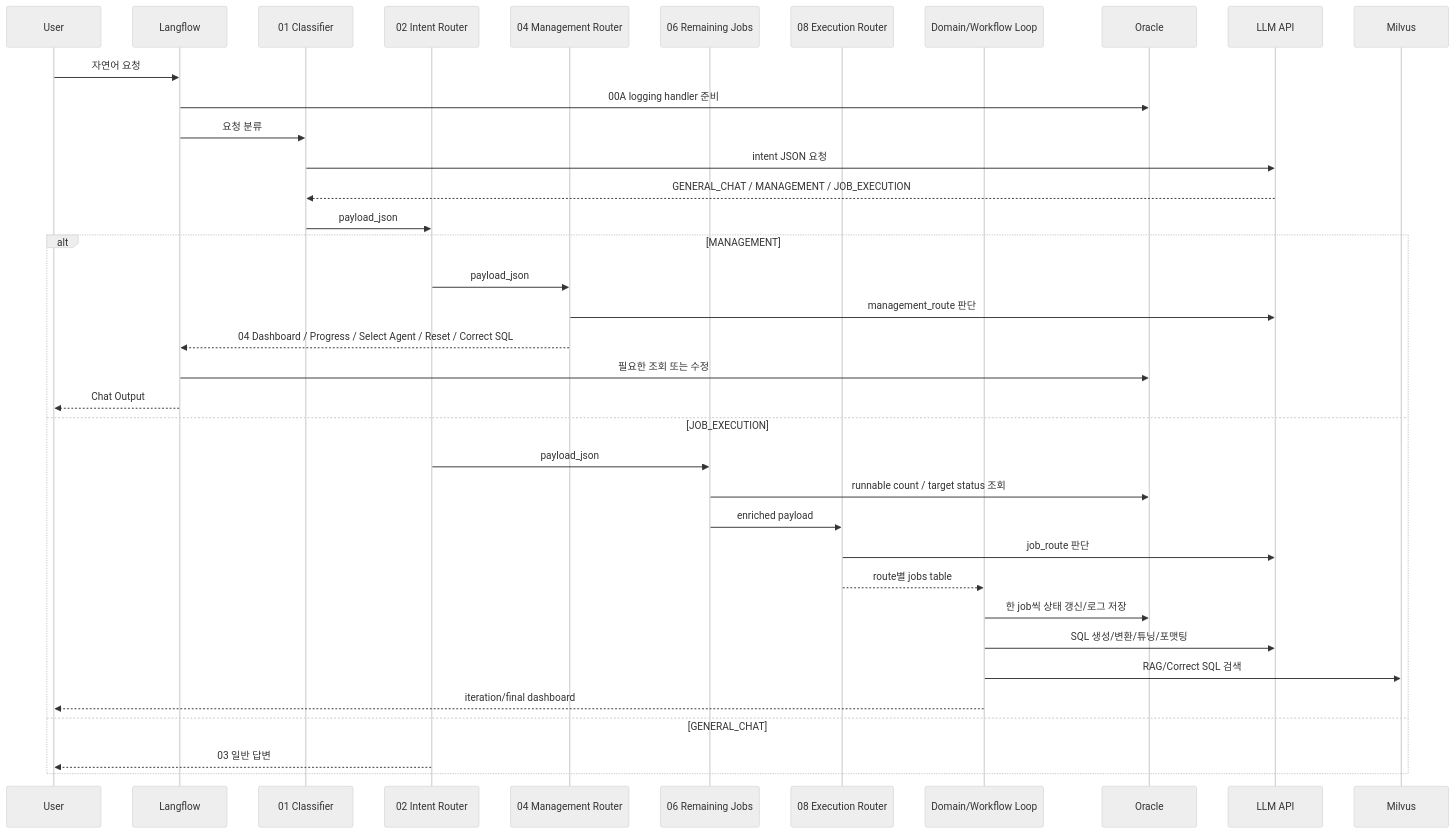
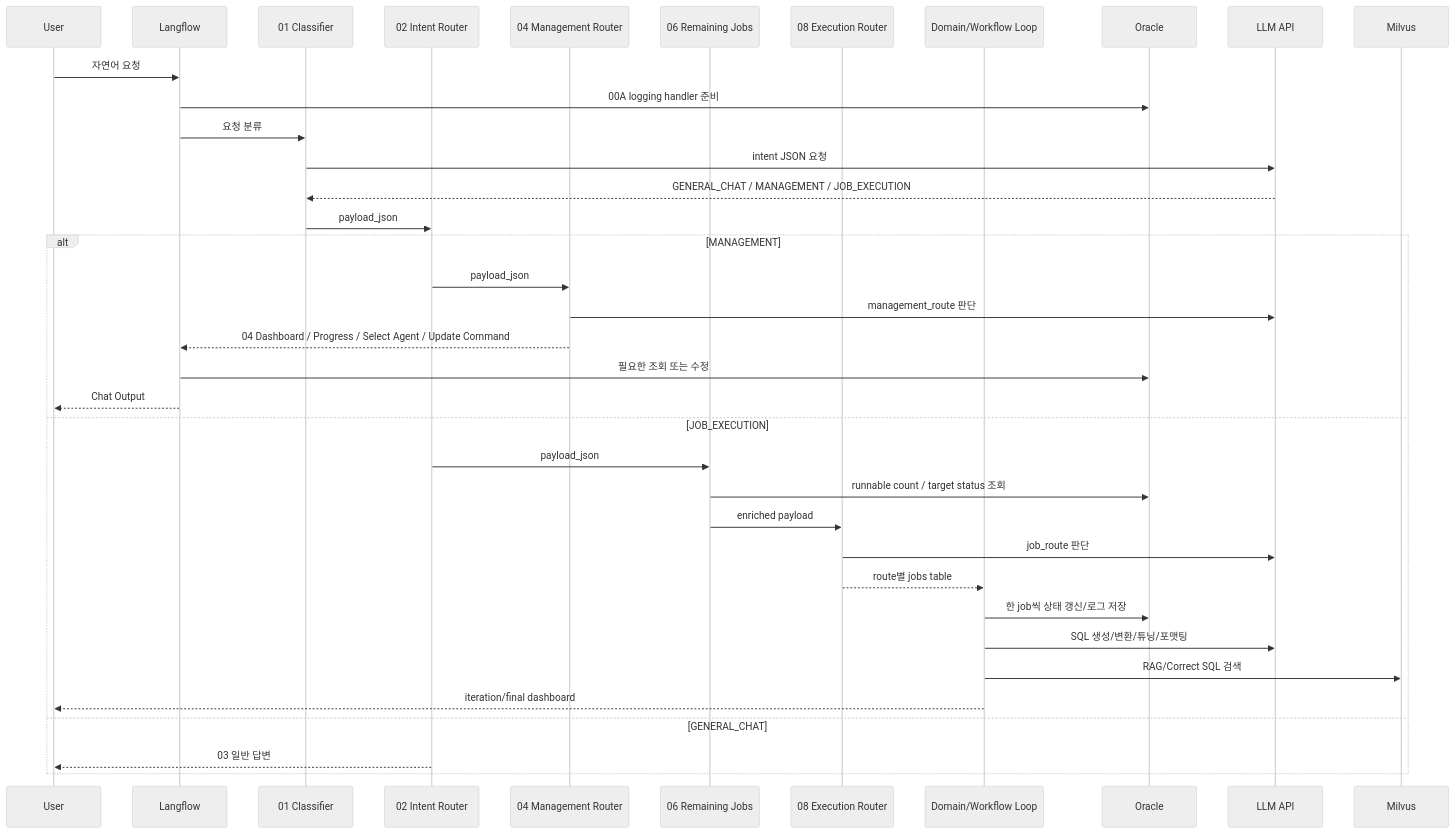
One commit to seongikjin227-jpg/refactoring_smartMigrate changed the third of 3 diagrams in smartMigrate_2.0_Langflow/00_guide/00_architecture_chapter1_overview.md. Above: the diagram before and after it, drawn with Mermaid (neutral theme). The commit also changed other lines of this file and 15 other files, not shown here.

````diff
--- a/smartMigrate_2.0_Langflow/00_guide/00_architecture_chapter1_overview.md
+++ b/smartMigrate_2.0_Langflow/00_guide/00_architecture_chapter1_overview.md
@@ -119,40 +118,40 @@
 ```mermaid
 sequenceDiagram
     participant User
     participant LF as Langflow
     participant C01 as 01 Classifier
     participant R02 as 02 Intent Router
     participant M04 as 04 Management Router
     participant J06 as 06 Remaining Jobs
     participant J08 as 08 Execution Router
     participant FlowLoop as Domain/Workflow Loop
     participant DB as Oracle
     participant LLM as LLM API
     participant Milvus
 
     User->>LF: 자연어 요청
     LF->>DB: 00A logging handler 준비
     LF->>C01: 요청 분류
     C01->>LLM: intent JSON 요청
     LLM-->>C01: GENERAL_CHAT / MANAGEMENT / JOB_EXECUTION
     C01->>R02: payload_json
     alt MANAGEMENT
         R02->>M04: payload_json
         M04->>LLM: management_route 판단
-        M04-->>LF: 04 Dashboard / Progress / Select Agent / Reset / Correct SQL
+        M04-->>LF: 04 Dashboard / Progress / Select Agent / Update Command
         LF->>DB: 필요한 조회 또는 수정
         LF-->>User: Chat Output
     else JOB_EXECUTION
         R02->>J06: payload_json
         J06->>DB: runnable count / target status 조회
         J06->>J08: enriched payload
         J08->>LLM: job_route 판단
         J08-->>FlowLoop: route별 jobs table
         FlowLoop->>DB: 한 job씩 상태 갱신/로그 저장
         FlowLoop->>LLM: SQL 생성/변환/튜닝/포맷팅
         FlowLoop->>Milvus: RAG/Correct SQL 검색
         FlowLoop-->>User: iteration/final dashboard
     else GENERAL_CHAT
         R02-->>User: 03 일반 답변
     end
 ```
````
